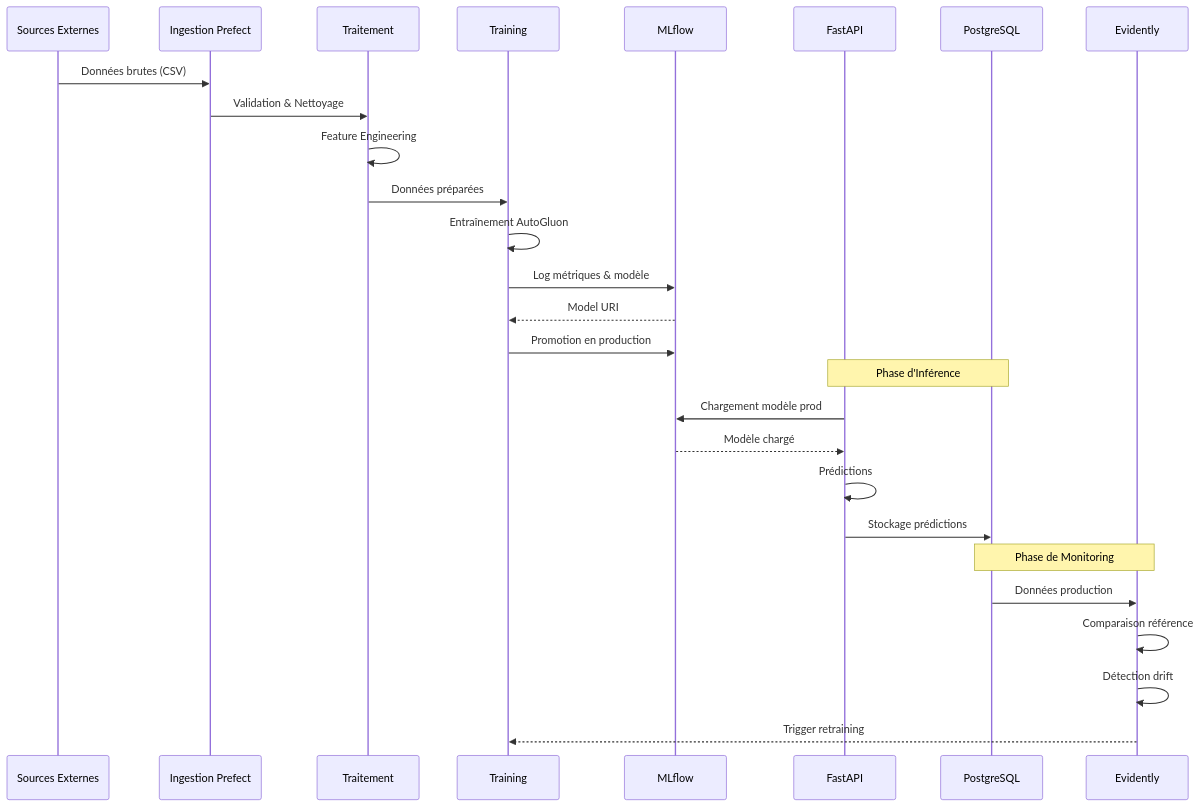
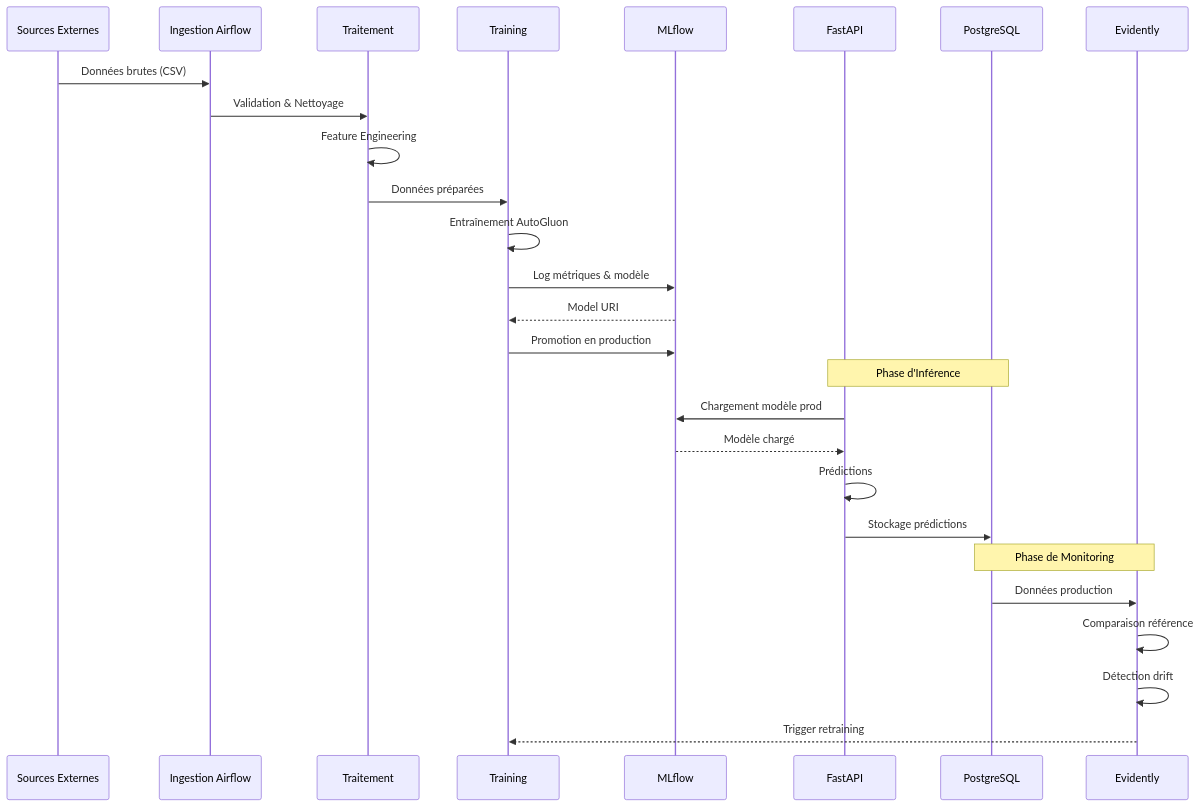
The third of 21 diagrams in docs/ARCHITECTURE_MLOPS.md (jinsudai/jinsudai), drawn with Mermaid before and after one commit. The commit also changed other lines of this file and 12 other files, not shown here.

````diff
--- a/docs/ARCHITECTURE_MLOPS.md
+++ b/docs/ARCHITECTURE_MLOPS.md
@@ -132,34 +126,34 @@
 ```mermaid
 sequenceDiagram
     participant Source as Sources Externes
-    participant Ingest as Ingestion Prefect
+    participant Ingest as Ingestion Airflow
     participant Process as Traitement
     participant Train as Training
     participant MLflow as MLflow
     participant API as FastAPI
     participant DB as PostgreSQL
     participant Monitor as Evidently
     
     Source->>Ingest: Données brutes (CSV)
     Ingest->>Process: Validation & Nettoyage
     Process->>Process: Feature Engineering
     Process->>Train: Données préparées
     Train->>Train: Entraînement AutoGluon
     Train->>MLflow: Log métriques & modèle
     MLflow-->>Train: Model URI
     Train->>MLflow: Promotion en production
     
     Note over API,DB: Phase d'Inférence
     
     API->>MLflow: Chargement modèle prod
     MLflow-->>API: Modèle chargé
     API->>API: Prédictions
     API->>DB: Stockage prédictions
     
     Note over DB,Monitor: Phase de Monitoring
     
     DB->>Monitor: Données production
     Monitor->>Monitor: Comparaison référence
     Monitor->>Monitor: Détection drift
     Monitor-->>Train: Trigger retraining
 ```
````
